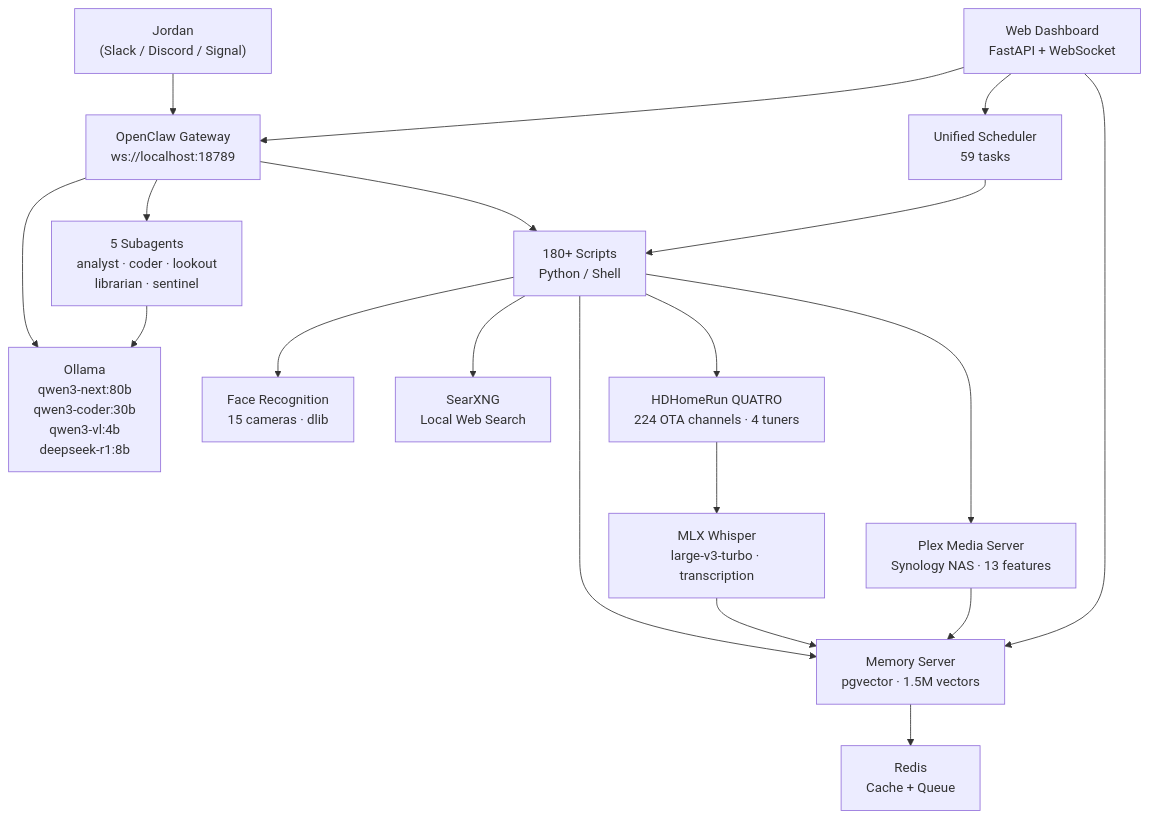
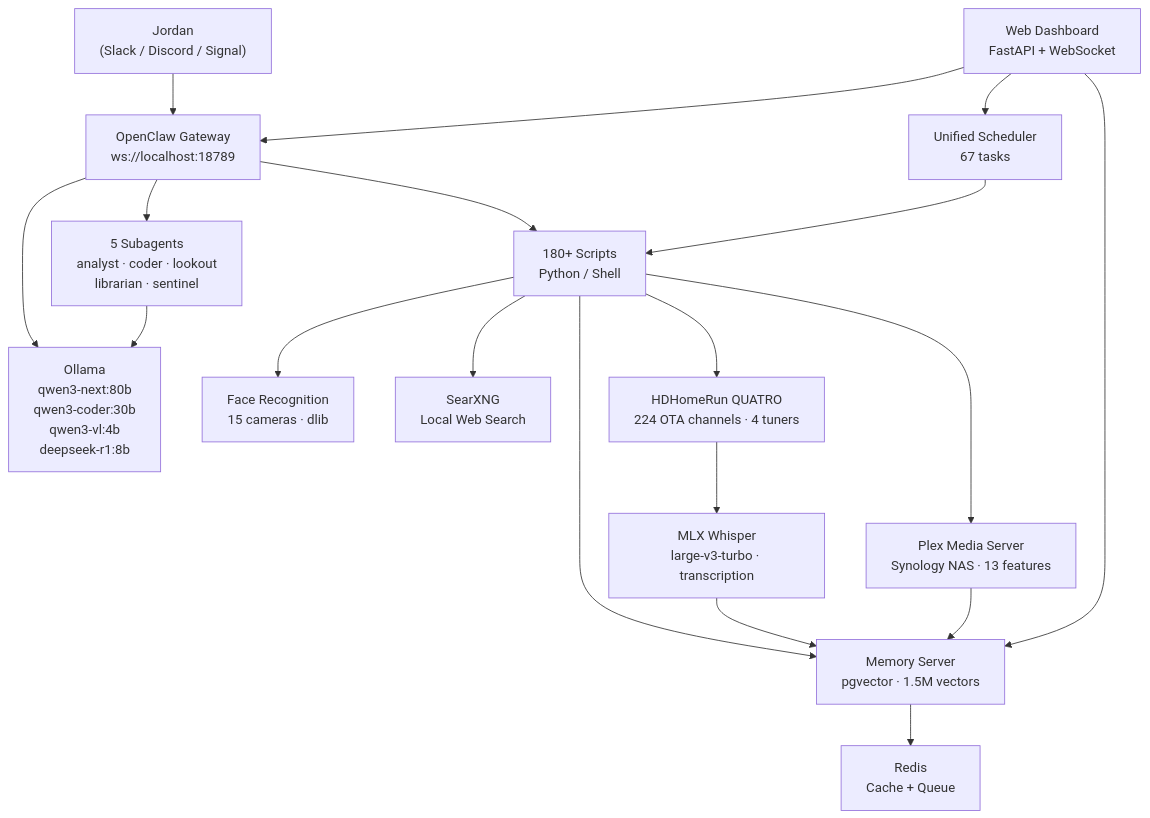
Before and after one commit to kochj23/nova: the first of 4 diagrams in README.md, drawn with Mermaid. The commit also changed other lines of this file, not shown here.

First line of the commit message:
docs: Update README with After Dark, Research Papers, and architecture diagrams

````diff
--- a/README.md
+++ b/README.md
@@ -33,36 +33,36 @@
 ```mermaid
 graph TD
     Jordan["Jordan<br/>(Slack / Discord / Signal)"]
     GW["OpenClaw Gateway<br/>ws://localhost:18789"]
     Ollama["Ollama<br/>qwen3-next:80b<br/>qwen3-coder:30b<br/>qwen3-vl:4b<br/>deepseek-r1:8b"]
-    Scheduler["Unified Scheduler<br/>59 tasks"]
+    Scheduler["Unified Scheduler<br/>67 tasks"]
     MemServer["Memory Server<br/>pgvector · 1.5M vectors"]
     FaceRec["Face Recognition<br/>15 cameras · dlib"]
     Dashboard["Web Dashboard<br/>FastAPI + WebSocket"]
     Scripts["180+ Scripts<br/>Python / Shell"]
     SearXNG["SearXNG<br/>Local Web Search"]
     Redis["Redis<br/>Cache + Queue"]
     Subagents["5 Subagents<br/>analyst · coder · lookout<br/>librarian · sentinel"]
     Plex["Plex Media Server<br/>Synology NAS · 13 features"]
     HDHomeRun["HDHomeRun QUATRO<br/>224 OTA channels · 4 tuners"]
     MLXWhisper["MLX Whisper<br/>large-v3-turbo · transcription"]
 
     Jordan --> GW
     GW --> Ollama
     GW --> Scripts
     Scheduler --> Scripts
     Scripts --> MemServer
     Scripts --> FaceRec
     MemServer --> Redis
     GW --> Subagents
     Subagents --> Ollama
     Scripts --> SearXNG
     Scripts --> Plex
     Scripts --> HDHomeRun
     HDHomeRun --> MLXWhisper
     MLXWhisper --> MemServer
     Plex --> MemServer
     Dashboard --> GW
     Dashboard --> MemServer
     Dashboard --> Scheduler
 ```
````
